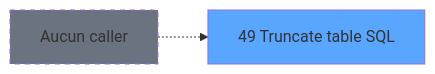
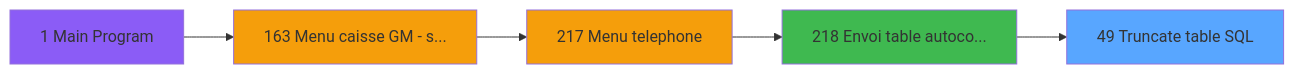
One commit to thonyAGP/lecteur-magic changed the second of 3 diagrams in .openspec/specs/ADH-IDE-49.md. Above: the diagram before and after it, drawn with Mermaid. The commit also changed other lines of this file and 493 other files, not shown here.

````diff
--- a/.openspec/specs/ADH-IDE-49.md
+++ b/.openspec/specs/ADH-IDE-49.md
@@ -107,8 +108,17 @@
 ```mermaid
 graph LR
     T49[49 Truncate table SQL]
     style T49 fill:#58a6ff
-    NONE[Aucun caller]
-    NONE -.-> T49
-    style NONE fill:#6b7280,stroke-dasharray: 5 5
+    CC1[1 Main Program]
+    style CC1 fill:#8b5cf6
+    CC163[163 Menu caisse GM - s...]
+    style CC163 fill:#f59e0b
+    CC217[217 Menu telephone]
+    style CC217 fill:#f59e0b
+    CC218[218 Envoi table autoco...]
+    style CC218 fill:#3fb950
+    CC217 --> CC218
+    CC163 --> CC217
+    CC1 --> CC163
+    CC218 --> T49
 ```
````
